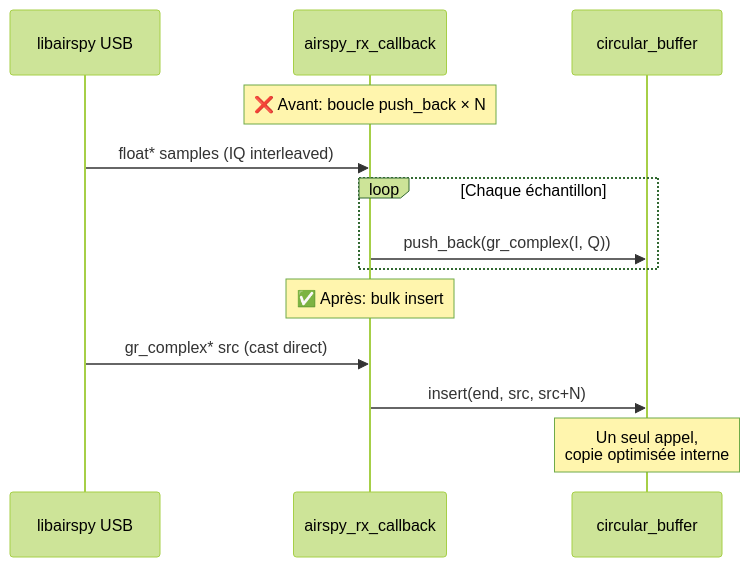
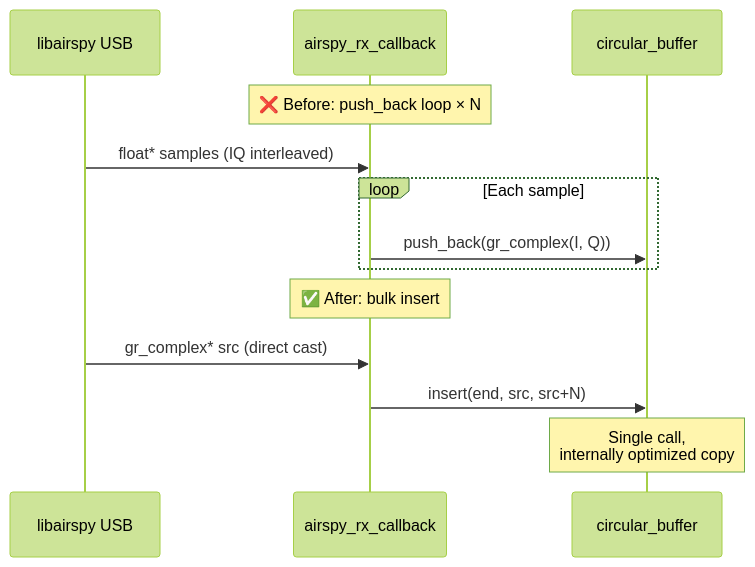
The fourth of 15 diagrams in OPTIMIZATION-F4TNK.md (f4tnk/gr-osmosdr), drawn with Mermaid (forest theme) before and after one commit. The commit also changed other lines of this file, not shown here.

````diff
--- a/OPTIMIZATION-F4TNK.md
+++ b/OPTIMIZATION-F4TNK.md
@@ -102,17 +102,17 @@
 ```mermaid
 sequenceDiagram
     participant USB as libairspy USB
     participant CB as airspy_rx_callback
     participant FIFO as circular_buffer
 
-    Note over CB: ❌ Avant: boucle push_back × N
+    Note over CB: ❌ Before: push_back loop × N
     USB->>CB: float* samples (IQ interleaved)
-    loop Chaque échantillon
+    loop Each sample
         CB->>FIFO: push_back(gr_complex(I, Q))
     end
 
-    Note over CB: ✅ Après: bulk insert
-    USB->>CB: gr_complex* src (cast direct)
+    Note over CB: ✅ After: bulk insert
+    USB->>CB: gr_complex* src (direct cast)
     CB->>FIFO: insert(end, src, src+N)
-    Note over FIFO: Un seul appel,<br/>copie optimisée interne
+    Note over FIFO: Single call,<br/>internally optimized copy
 ```
````
